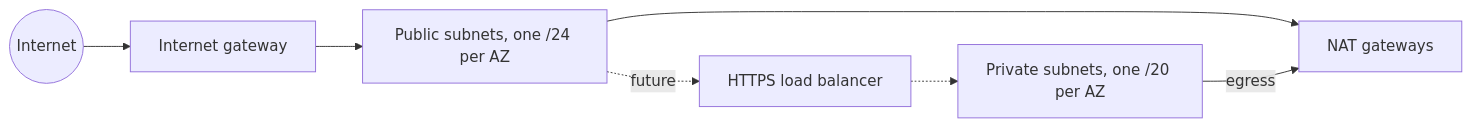
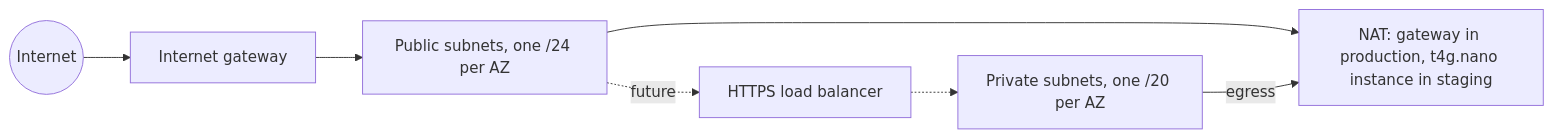
Before and after one commit to The-AgenticFlow/Openflows-Infra: the second of 7 diagrams in docs/ARCHITECTURE-aws.md, drawn with Mermaid. The commit also changed other lines of this file and 10 other files, not shown here.

First line of the commit message:
chore(staging): cut running cost with a nat instance, off-hours node schedule and a two-az alb (#91)

````diff
--- a/docs/ARCHITECTURE-aws.md
+++ b/docs/ARCHITECTURE-aws.md
@@ -60,9 +60,9 @@
 ```mermaid
 flowchart LR
     Internet((Internet)) --> IGW[Internet gateway]
     IGW --> Pub[Public subnets, one /24 per AZ]
-    Pub --> NAT[NAT gateways]
+    Pub --> NAT[NAT: gateway in production, t4g.nano instance in staging]
     Priv[Private subnets, one /20 per AZ] -->|egress| NAT
     Pub -.->|future| ALB[HTTPS load balancer]
     ALB -.-> Priv
 ```
````
